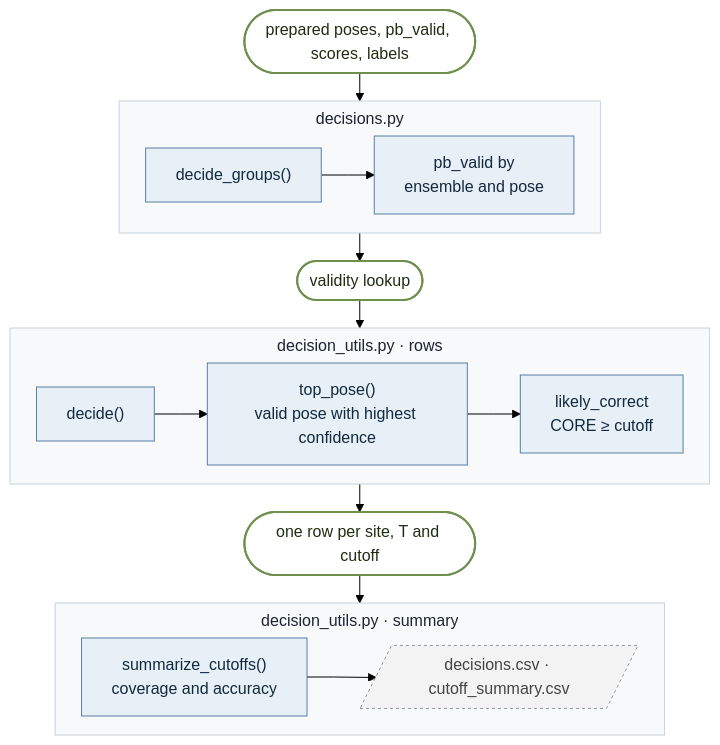
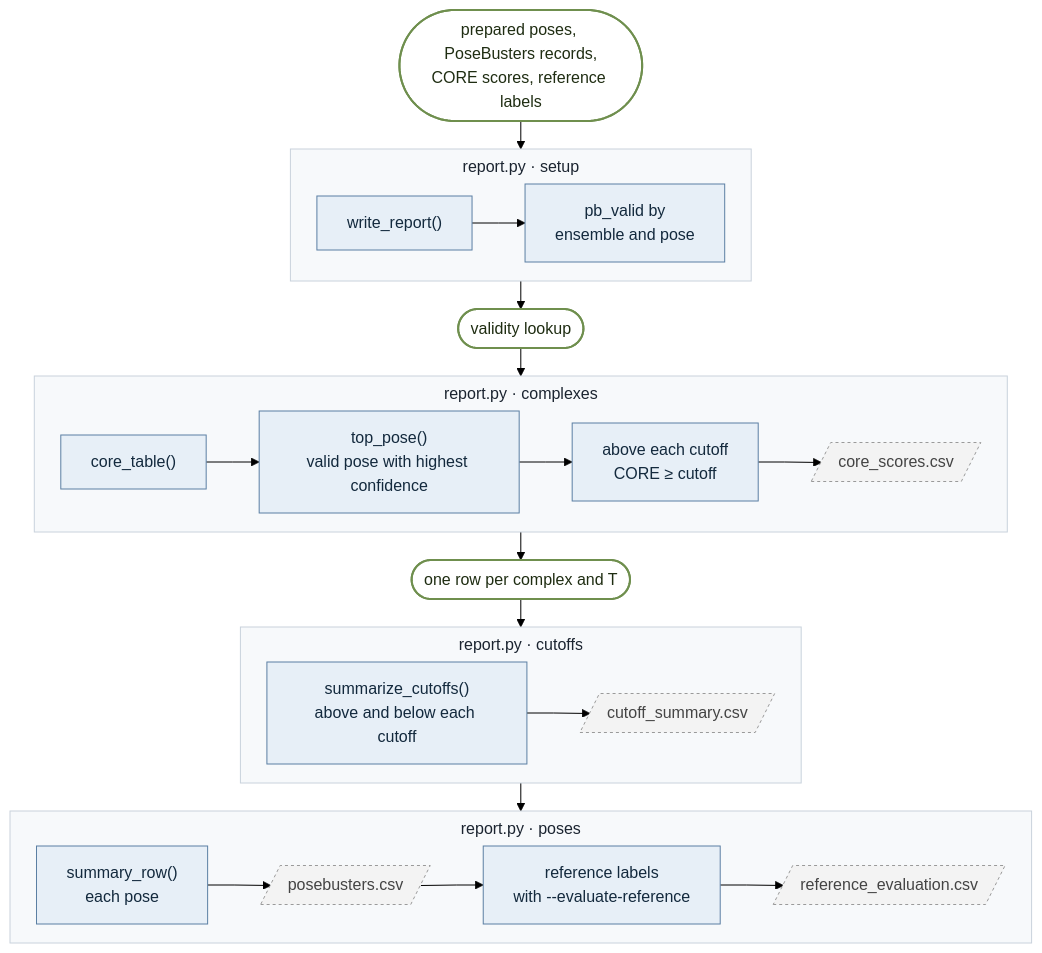
Before and after one commit to James-Broster/core-score: the ninth of 9 diagrams in docs/code-map.md, drawn with Mermaid (forest theme). The commit also changed other lines of this file and 17 other files, not shown here.

````diff
--- a/docs/code-map.md
+++ b/docs/code-map.md
@@ -387,32 +384,36 @@
 ```mermaid
 %%{init: {"flowchart": {"curve": "linear", "nodeSpacing": 18, "rankSpacing": 28, "subGraphTitleMargin": {"top": 6, "bottom": 10}}}}%%
 flowchart TB
     classDef fn fill:#e7eff7,stroke:#5b7fa3,color:#13293d
-    classDef ost fill:#fbedd5,stroke:#b07a1e,color:#3d2a08
     classDef data fill:#ffffff,stroke:#6f8f4e,color:#1f2d12,stroke-width:2px
     classDef file fill:#f3f3f3,stroke:#9a9a9a,color:#444,stroke-dasharray:3 3
     classDef stage fill:#f7f9fb,stroke:#c9d2dc,color:#1b2430
 
-    start(["prepared poses, pb_valid, scores, labels"]):::data
+    start(["prepared poses, PoseBusters records,<br/>CORE scores, reference labels"]):::data
 
-    subgraph D1["decisions.py"]
+    subgraph D1["report.py · setup"]
         direction LR
-        a1["decide_groups()"]:::fn --> a2["pb_valid by<br/>ensemble and pose"]:::fn
+        a1["write_report()"]:::fn --> a2["pb_valid by<br/>ensemble and pose"]:::fn
     end
     d1(["validity lookup"]):::data
 
-    subgraph D2["decision_utils.py · rows"]
+    subgraph D2["report.py · complexes"]
         direction LR
-        b1["decide()"]:::fn --> b2["top_pose()<br/>valid pose with highest confidence"]:::fn --> b3["likely_correct<br/>CORE ≥ cutoff"]:::fn
+        b1["core_table()"]:::fn --> b2["top_pose()<br/>valid pose with highest confidence"]:::fn --> b3["above each cutoff<br/>CORE ≥ cutoff"]:::fn --> b4[/"core_scores.csv"/]:::file
     end
-    d2(["one row per site, T and cutoff"]):::data
+    d2(["one row per complex and T"]):::data
 
-    subgraph D3["decision_utils.py · summary"]
+    subgraph D3["report.py · cutoffs"]
         direction LR
-        c1["summarize_cutoffs()<br/>coverage and accuracy"]:::fn --> c2[/"decisions.csv · cutoff_summary.csv"/]:::file
+        c1["summarize_cutoffs()<br/>above and below each cutoff"]:::fn --> c2[/"cutoff_summary.csv"/]:::file
     end
 
-    start --> D1 --> d1 --> D2 --> d2 --> D3
+    subgraph D4["report.py · poses"]
+        direction LR
+        e1["summary_row()<br/>each pose"]:::fn --> e2[/"posebusters.csv"/]:::file --> e3["reference labels<br/>with --evaluate-reference"]:::fn --> e4[/"reference_evaluation.csv"/]:::file
+    end
 
-    class D1,D2,D3 stage
+    start --> D1 --> d1 --> D2 --> d2 --> D3 --> D4
+
+    class D1,D2,D3,D4 stage
 ```
````
